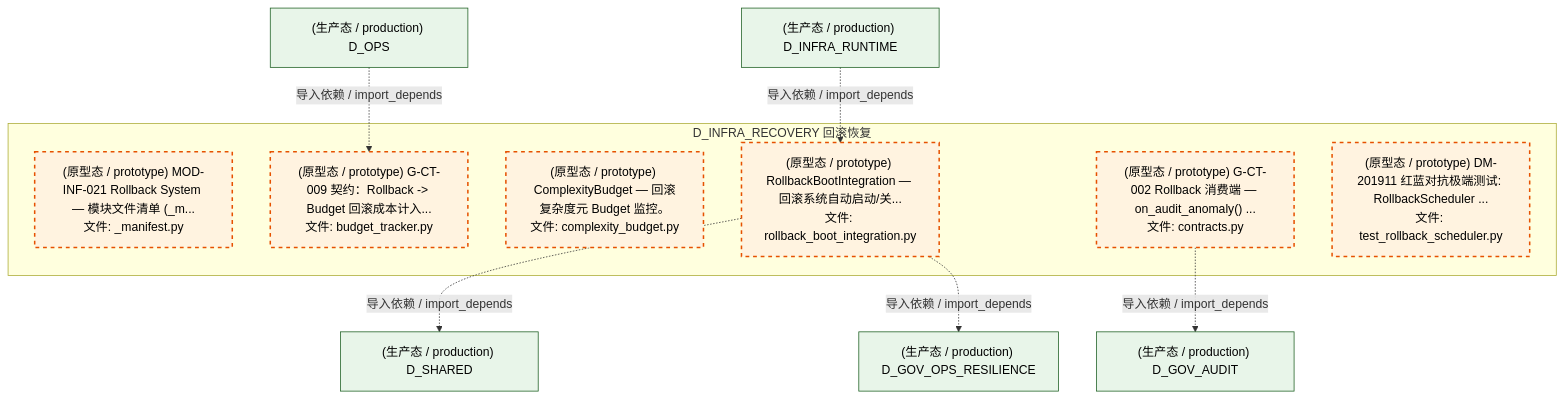
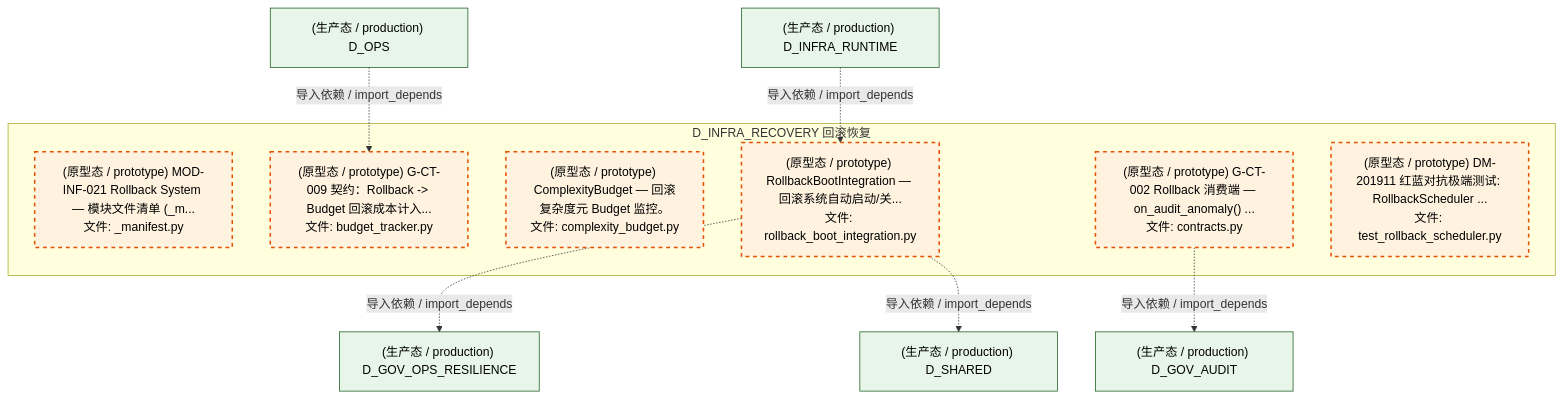
One commit to xuanFelixVan/ZephyrAlpha changed the fourth of 5 diagrams in docs/02_enterprise_architecture/02_domain_architecture_docs/03_d_infra_recovery.md. Above: the diagram before and after it, drawn with Mermaid. The commit also changed other lines of this file and 125 other files, not shown here.

````diff
--- a/docs/02_enterprise_architecture/02_domain_architecture_docs/03_d_infra_recovery.md
+++ b/docs/02_enterprise_architecture/02_domain_architecture_docs/03_d_infra_recovery.md
@@ -373,27 +373,27 @@
 ```mermaid
 graph TD
     subgraph D_INFRA_RECOVERY["D_INFRA_RECOVERY 回滚恢复"]
         src_zephyr_infrastructure_rollback_manifest_py["(原型态 / prototype) MOD-INF-021 Rollback System — 模块文件清单 (_m...<br/>文件: _manifest.py"]
         src_zephyr_infrastructure_rollback_budget_tracker_py["(原型态 / prototype) G-CT-009 契约：Rollback -> Budget 回滚成本计入...<br/>文件: budget_tracker.py"]
         src_zephyr_infrastructure_rollback_complexity_budget_py["(原型态 / prototype) ComplexityBudget — 回滚复杂度元 Budget 监控。<br/>文件: complexity_budget.py"]
         src_zephyr_infrastructure_rollback_contracts_py["(原型态 / prototype) G-CT-002 Rollback 消费端 — on_audit_anomaly() ...<br/>文件: contracts.py"]
         src_zephyr_infrastructure_rollback_rollback_boot_integration_py["(原型态 / prototype) RollbackBootIntegration — 回滚系统自动启动/关...<br/>文件: rollback_boot_integration.py"]
         tests_rollback_test_rollback_scheduler_py["(原型态 / prototype) DM-201911 红蓝对抗极端测试: RollbackScheduler ...<br/>文件: test_rollback_scheduler.py"]
     end
+    D_GOV_OPS_RESILIENCE["(生产态 / production) D_GOV_OPS_RESILIENCE"]
+    src_zephyr_infrastructure_rollback_rollback_boot_integration_py -.->|导入依赖 / import_depends| D_GOV_OPS_RESILIENCE
     D_SHARED["(生产态 / production) D_SHARED"]
     src_zephyr_infrastructure_rollback_rollback_boot_integration_py -.->|导入依赖 / import_depends| D_SHARED
-    D_GOV_OPS_RESILIENCE["(生产态 / production) D_GOV_OPS_RESILIENCE"]
-    src_zephyr_infrastructure_rollback_rollback_boot_integration_py -.->|导入依赖 / import_depends| D_GOV_OPS_RESILIENCE
     D_GOV_AUDIT["(生产态 / production) D_GOV_AUDIT"]
     src_zephyr_infrastructure_rollback_contracts_py -.->|导入依赖 / import_depends| D_GOV_AUDIT
     D_OPS["(生产态 / production) D_OPS"]
     D_OPS -.->|导入依赖 / import_depends| src_zephyr_infrastructure_rollback_budget_tracker_py
     D_INFRA_RUNTIME["(生产态 / production) D_INFRA_RUNTIME"]
     D_INFRA_RUNTIME -.->|导入依赖 / import_depends| src_zephyr_infrastructure_rollback_rollback_boot_integration_py
     classDef production fill:#e1f5fe,stroke:#01579b,stroke-width:2px,color:#000
     classDef design fill:#fff3e0,stroke:#e65100,stroke-width:2px,color:#000,stroke-dasharray: 5 5
     classDef external_prod fill:#e8f5e9,stroke:#1b5e20,stroke-width:1px,color:#000
     classDef external_design fill:#fce4ec,stroke:#880e4f,stroke-width:1px,color:#000,stroke-dasharray: 5 5
     class src_zephyr_infrastructure_rollback_manifest_py,src_zephyr_infrastructure_rollback_budget_tracker_py,src_zephyr_infrastructure_rollback_complexity_budget_py,src_zephyr_infrastructure_rollback_contracts_py,src_zephyr_infrastructure_rollback_rollback_boot_integration_py,tests_rollback_test_rollback_scheduler_py design
-    class D_SHARED,D_GOV_OPS_RESILIENCE,D_GOV_AUDIT,D_OPS,D_INFRA_RUNTIME external_prod
+    class D_GOV_OPS_RESILIENCE,D_SHARED,D_GOV_AUDIT,D_OPS,D_INFRA_RUNTIME external_prod
 ```
````
